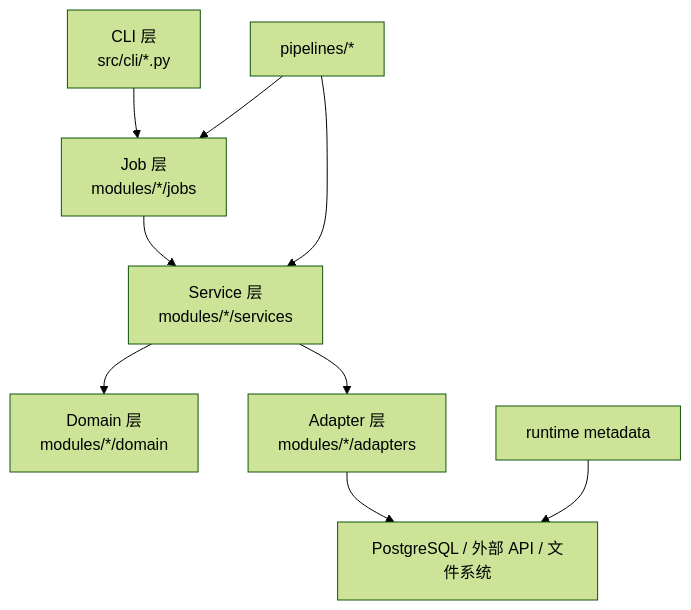
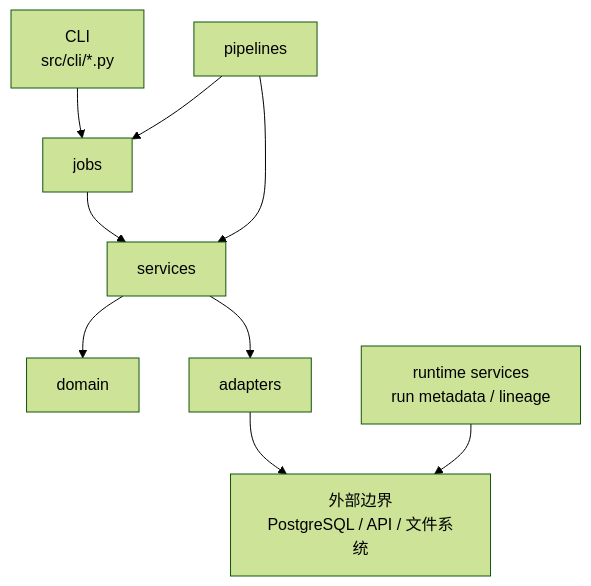
One commit to Timcai06/SPM changed the third of 5 diagrams in README.md. Above: the diagram before and after it, drawn with Mermaid (forest theme). The commit also changed other lines of this file, not shown here.

Commit message:
docs: tighten README mermaid layout

````diff
--- a/README.md
+++ b/README.md
@@ -119,11 +119,18 @@
 ```mermaid
 flowchart TD
-    A["CLI 层<br/>src/cli/*.py"] --> B["Job 层<br/>modules/*/jobs"]
-    B --> C["Service 层<br/>modules/*/services"]
-    C --> D["Domain 层<br/>modules/*/domain"]
-    C --> E["Adapter 层<br/>modules/*/adapters"]
-    E --> F["PostgreSQL / 外部 API / 文件系统"]
-    G["pipelines/*"] --> B
+    A["CLI<br/>src/cli/*.py"]
+    B["jobs"]
+    C["services"]
+    D["domain"]
+    E["adapters"]
+    F["外部边界<br/>PostgreSQL / API / 文件系统"]
+    G["pipelines"]
+    H["runtime services<br/>run metadata / lineage"]
+
+    A --> B --> C
+    C --> D
+    C --> E --> F
+    G --> B
     G --> C
-    H["runtime metadata"] --> F
+    H --> F
 ```
````
